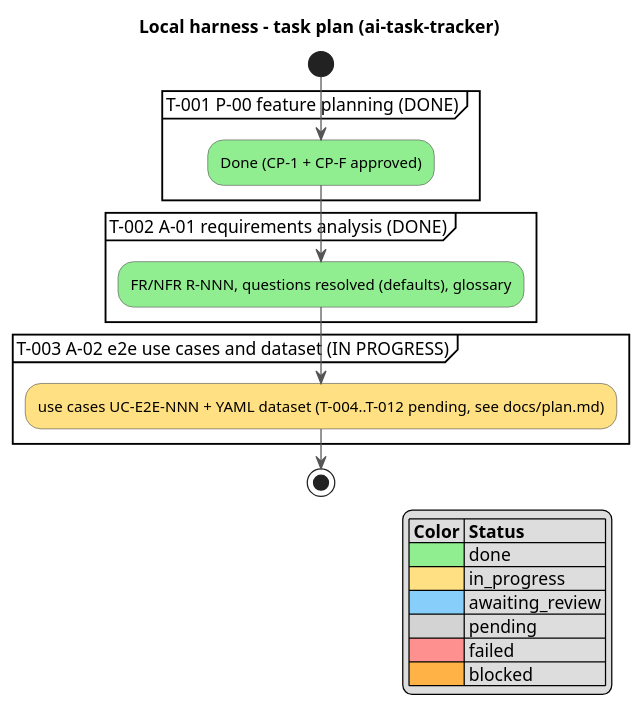
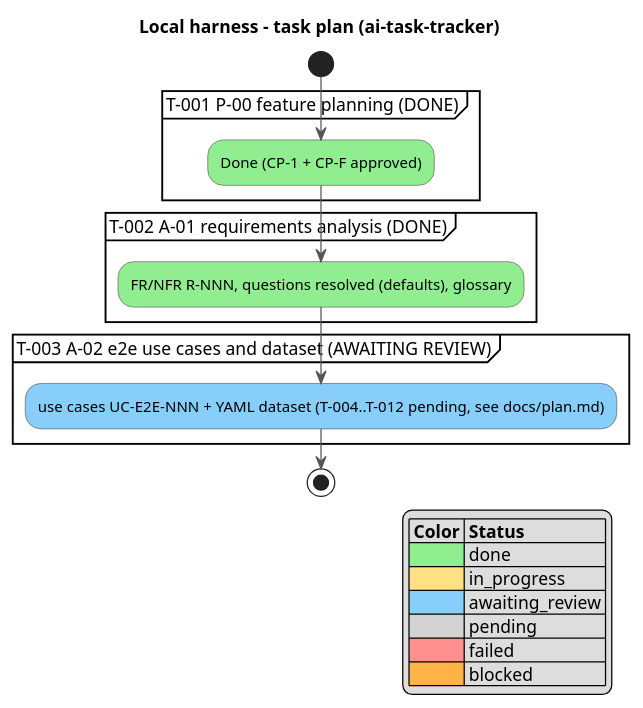
The diagram in docs/activity.puml (serge-sasov/ai-task-tracker), drawn with PlantUML before and after one commit. The commit also changed 6 other files, not shown here.

```diff
--- a/docs/activity.puml
+++ b/docs/activity.puml
@@ -1,29 +1,29 @@
 @startuml
 skinparam defaultFontName Segoe UI
 skinparam ActivityBackgroundColor #FFFFFF
 skinparam ActivityBorderColor #555555
 skinparam ArrowColor #555555
 title Local harness - task plan (ai-task-tracker)
 
 start
 partition "T-001 P-00 feature planning (DONE)" {
   #90EE90:Done (CP-1 + CP-F approved);
 }
 partition "T-002 A-01 requirements analysis (DONE)" {
   #90EE90:FR/NFR R-NNN, questions resolved (defaults), glossary;
 }
-partition "T-003 A-02 e2e use cases and dataset (IN PROGRESS)" {
-  #FFE082:use cases UC-E2E-NNN + YAML dataset (T-004..T-012 pending, see docs/plan.md);
+partition "T-003 A-02 e2e use cases and dataset (AWAITING REVIEW)" {
+  #87CEFA:use cases UC-E2E-NNN + YAML dataset (T-004..T-012 pending, see docs/plan.md);
 }
 stop
 
 legend right
  |= Color |= Status |
  |<#90EE90>| done |
  |<#FFE082>| in_progress |
  |<#87CEFA>| awaiting_review |
  |<#D3D3D3>| pending |
  |<#FF9090>| failed |
  |<#FFB347>| blocked |
 endlegend
 @enduml
```
